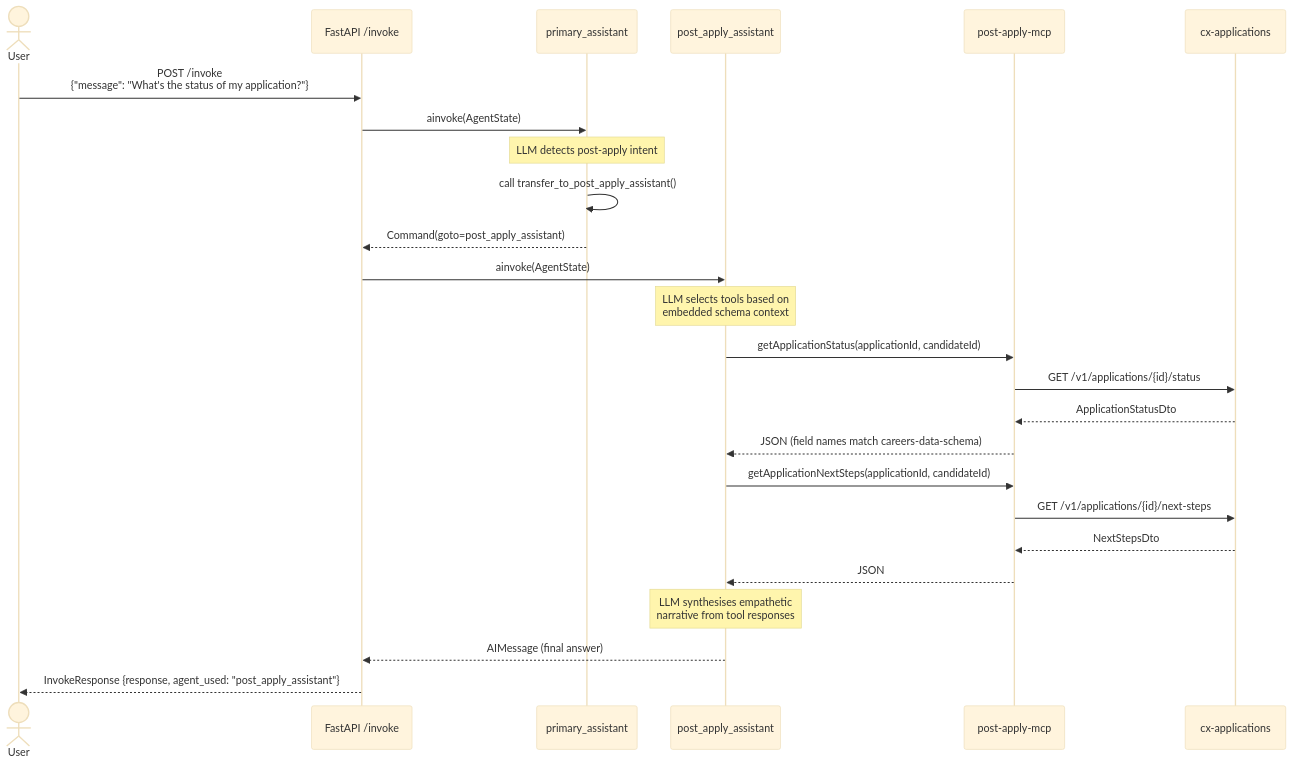
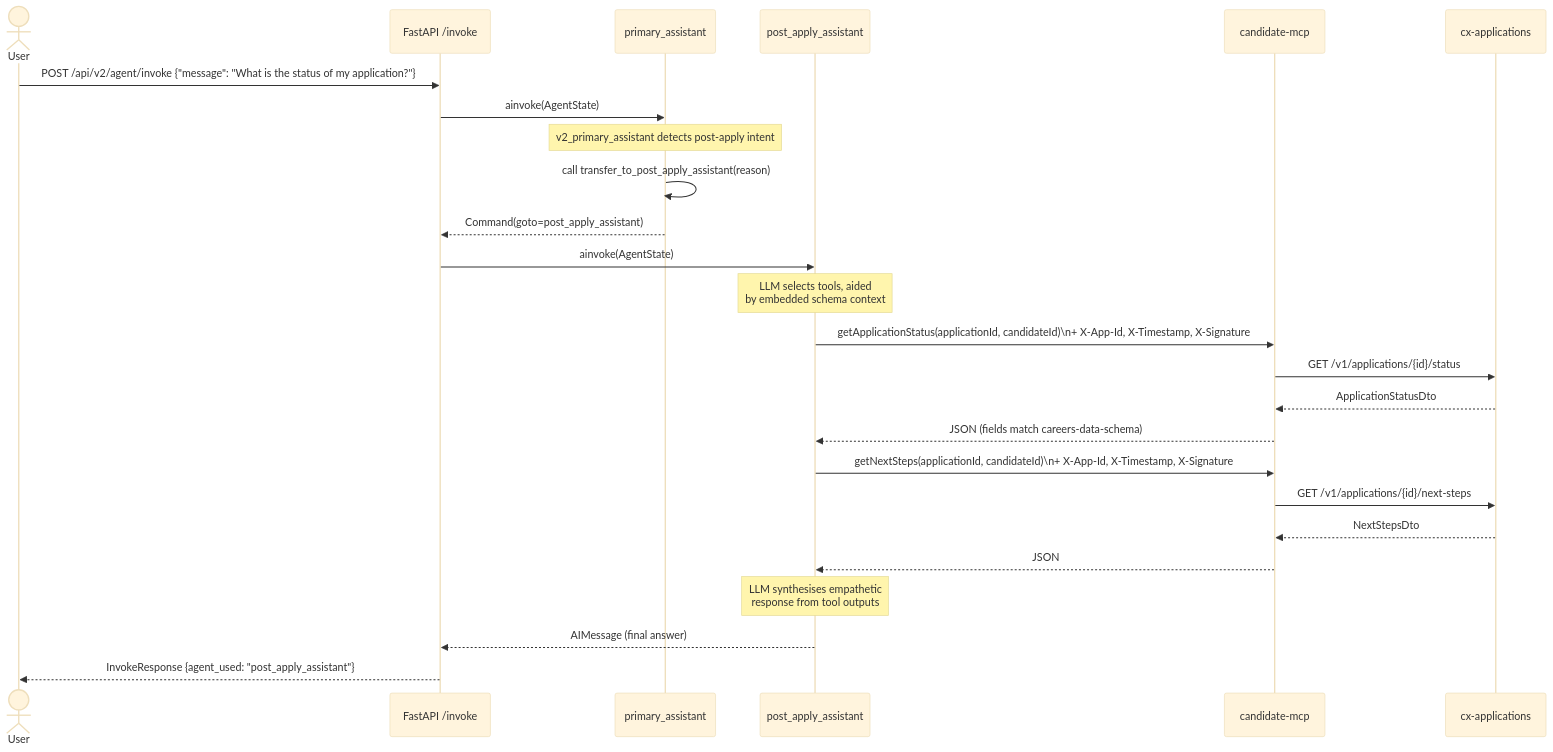
Diagram 13 of 32 in docs/post-apply-assistant-lld.md (venkat-raman17/candidate-agent), drawn with Mermaid (base theme) before and after one commit. The commit also changed other lines of this file, not shown here.

Commit message:
docs: update LLD for post apply assistant

````diff
--- a/docs/post-apply-assistant-lld.md
+++ b/docs/post-apply-assistant-lld.md
@@ -405,33 +681,33 @@
 ```mermaid
 sequenceDiagram
     actor User
     participant API as FastAPI /invoke
     participant PA as primary_assistant
     participant PAA as post_apply_assistant
-    participant PAMCP as post-apply-mcp
+    participant CMCP as candidate-mcp
     participant CXA as cx-applications
 
-    User->>API: POST /invoke<br/>{"message": "What's the status of my application?"}
+    User->>API: POST /api/v2/agent/invoke {"message": "What is the status of my application?"}
     API->>PA: ainvoke(AgentState)
 
-    note over PA: LLM detects post-apply intent
-    PA->>PA: call transfer_to_post_apply_assistant()
+    note over PA: v2_primary_assistant detects post-apply intent
+    PA->>PA: call transfer_to_post_apply_assistant(reason)
     PA-->>API: Command(goto=post_apply_assistant)
 
     API->>PAA: ainvoke(AgentState)
-    note over PAA: LLM selects tools based on<br/>embedded schema context
+    note over PAA: LLM selects tools, aided<br/>by embedded schema context
 
-    PAA->>PAMCP: getApplicationStatus(applicationId, candidateId)
-    PAMCP->>CXA: GET /v1/applications/{id}/status
-    CXA-->>PAMCP: ApplicationStatusDto
-    PAMCP-->>PAA: JSON (field names match careers-data-schema)
+    PAA->>CMCP: getApplicationStatus(applicationId, candidateId)\n+ X-App-Id, X-Timestamp, X-Signature
+    CMCP->>CXA: GET /v1/applications/{id}/status
+    CXA-->>CMCP: ApplicationStatusDto
+    CMCP-->>PAA: JSON  (fields match careers-data-schema)
 
-    PAA->>PAMCP: getApplicationNextSteps(applicationId, candidateId)
-    PAMCP->>CXA: GET /v1/applications/{id}/next-steps
-    CXA-->>PAMCP: NextStepsDto
-    PAMCP-->>PAA: JSON
+    PAA->>CMCP: getNextSteps(applicationId, candidateId)\n+ X-App-Id, X-Timestamp, X-Signature
+    CMCP->>CXA: GET /v1/applications/{id}/next-steps
+    CXA-->>CMCP: NextStepsDto
+    CMCP-->>PAA: JSON
 
-    note over PAA: LLM synthesises empathetic<br/>narrative from tool responses
+    note over PAA: LLM synthesises empathetic<br/>response from tool outputs
     PAA-->>API: AIMessage (final answer)
-    API-->>User: InvokeResponse {response, agent_used: "post_apply_assistant"}
+    API-->>User: InvokeResponse {agent_used: "post_apply_assistant"}
 ```
````
